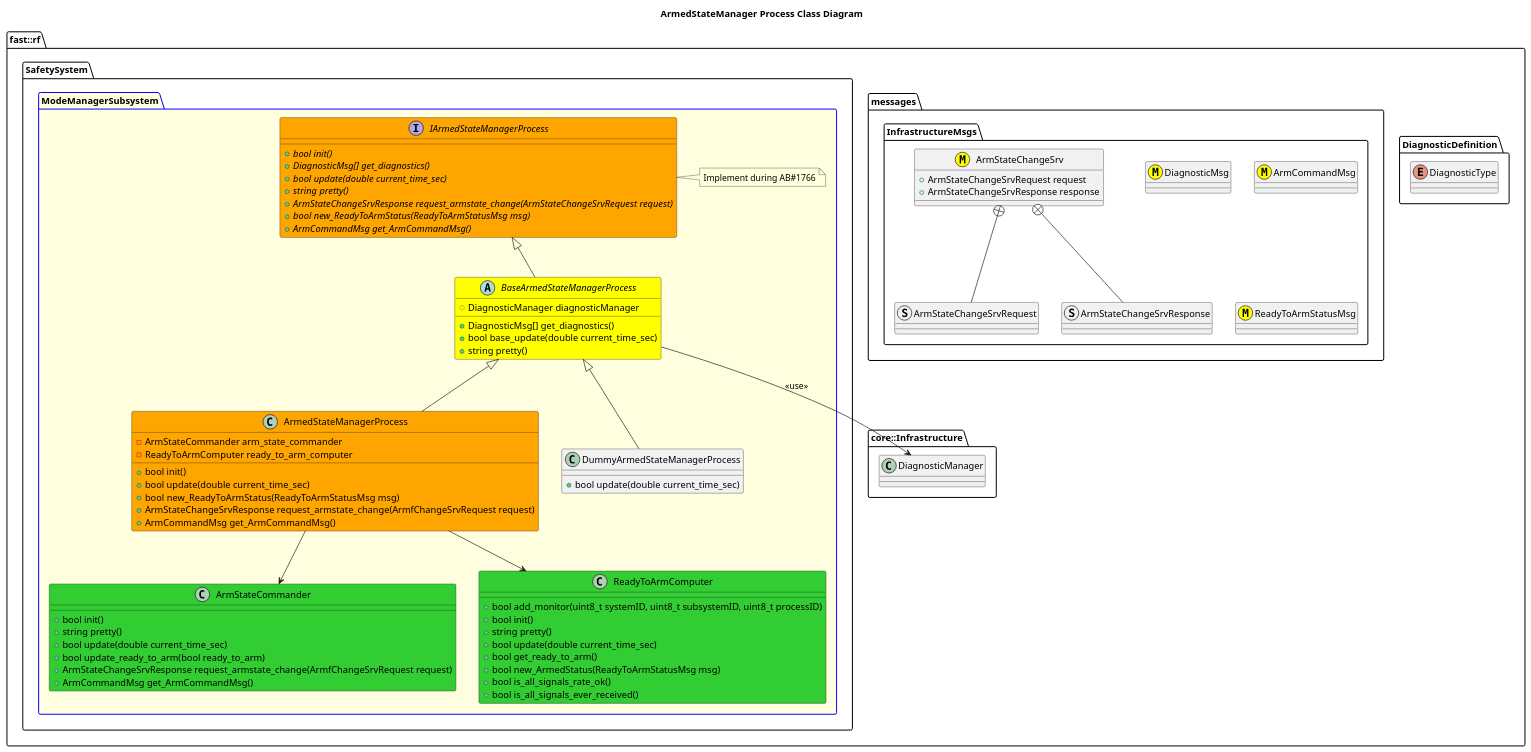
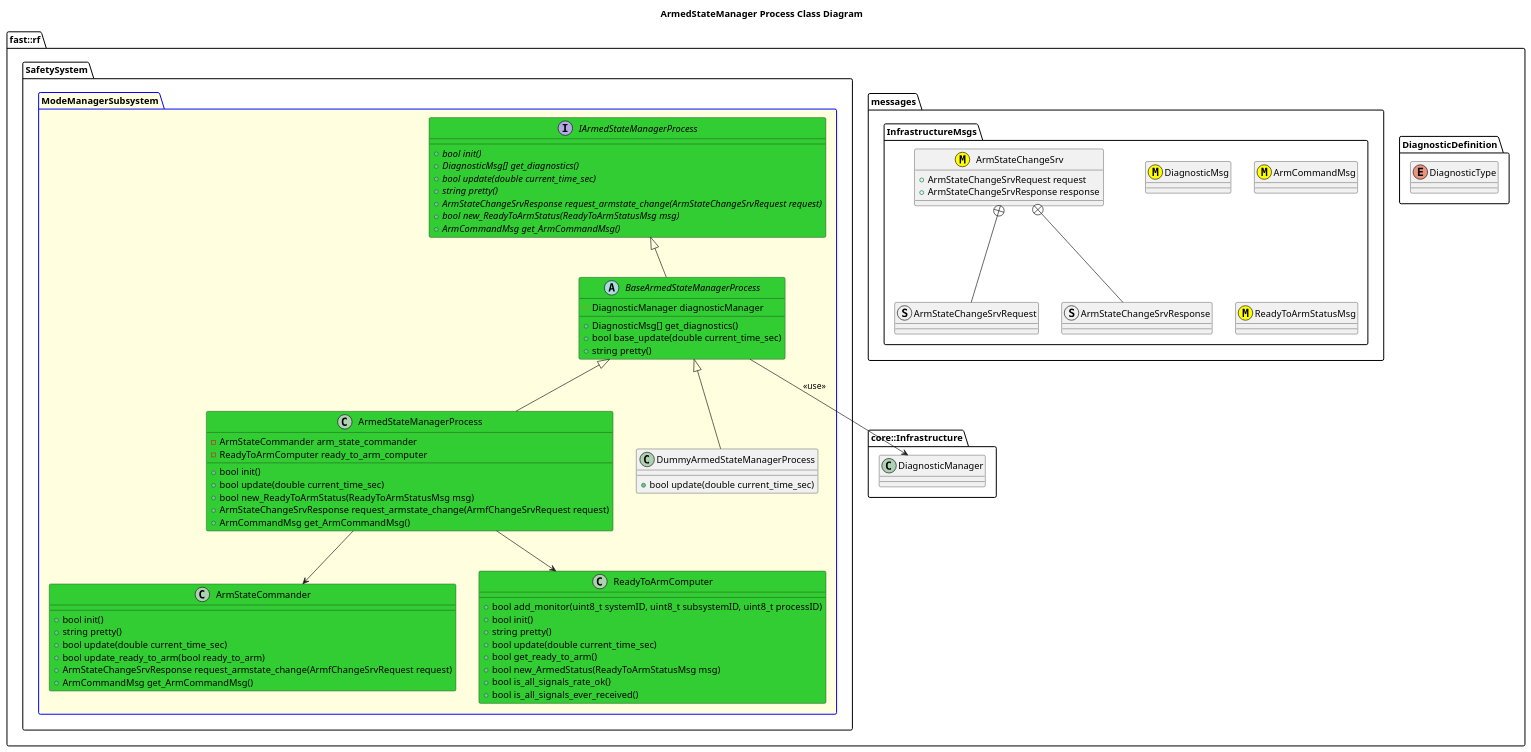
The diagram in Systems/Safety/Subsystems/ModeManager/Processes/ArmedStateManager/doc/puml/ArmedStateManagerProcessClassDiagram.puml (fastrobotics/robot_framework), drawn with PlantUML before and after one commit. The commit also changed 8 other files, not shown here.

```diff
--- a/Systems/Safety/Subsystems/ModeManager/Processes/ArmedStateManager/doc/puml/ArmedStateManagerProcessClassDiagram.puml
+++ b/Systems/Safety/Subsystems/ModeManager/Processes/ArmedStateManager/doc/puml/ArmedStateManagerProcessClassDiagram.puml
@@ -1,86 +1,83 @@
 @startuml
 title ArmedStateManager Process Class Diagram
 
 namespace fast::rf {
   namespace DiagnosticDefinition {
     enum DiagnosticType
   }
   namespace messages {
     namespace InfrastructureMsgs {
       class DiagnosticMsg <<(M,#FFFF00)>>
       class ArmCommandMsg <<(M,#FFFF00)>>
       class ReadyToArmStatusMsg <<(M,#FFFF00)>> 
       struct ArmStateChangeSrvRequest
       struct ArmStateChangeSrvResponse
       class ArmStateChangeSrv <<(M,#FFFF00)>>  {
           +ArmStateChangeSrvRequest request
           +ArmStateChangeSrvResponse response
       }
       ArmStateChangeSrv +-- ArmStateChangeSrvRequest
       ArmStateChangeSrv +-- ArmStateChangeSrvResponse
     }
   }
   namespace core::Infrastructure {
     class DiagnosticManager
   }
   namespace SafetySystem {
     package ModeManagerSubsystem #LightYellow;line:blue {
         class ArmStateCommander #LimeGreen {
             +bool init()
             +string pretty()
             +bool update(double current_time_sec)
             +bool update_ready_to_arm(bool ready_to_arm)
             +ArmStateChangeSrvResponse request_armstate_change(ArmfChangeSrvRequest request)
             +ArmCommandMsg get_ArmCommandMsg()
         }
         class ReadyToArmComputer #LimeGreen {
             +bool add_monitor(uint8_t systemID, uint8_t subsystemID, uint8_t processID)
             +bool init()
             +string pretty()
             +bool update(double current_time_sec)
             +bool get_ready_to_arm()
             +bool new_ArmedStatus(ReadyToArmStatusMsg msg)
             +bool is_all_signals_rate_ok()
             +bool is_all_signals_ever_received()
         }
-        interface IArmedStateManagerProcess #Orange {
+        interface IArmedStateManagerProcess #LimeGreen {
           +{abstract} bool init()
           +{abstract} DiagnosticMsg[] get_diagnostics()
           +{abstract} bool update(double current_time_sec)
           +{abstract} string pretty()
           +{abstract} ArmStateChangeSrvResponse request_armstate_change(ArmStateChangeSrvRequest request)
           +{abstract} bool new_ReadyToArmStatus(ReadyToArmStatusMsg msg)
           +{abstract} ArmCommandMsg get_ArmCommandMsg()
         }
-        note right of IArmedStateManagerProcess
-        Implement during AB#1766
-        end note
-        abstract BaseArmedStateManagerProcess #Yellow {
+        abstract BaseArmedStateManagerProcess #LimeGreen {
           +DiagnosticMsg[] get_diagnostics()
           +bool base_update(double current_time_sec)
           +string pretty()
           #DiagnosticManager diagnosticManager
 
         }
         BaseArmedStateManagerProcess -up-|> IArmedStateManagerProcess
         BaseArmedStateManagerProcess --> DiagnosticManager: <<use>>
-        class ArmedStateManagerProcess #Orange {
+        class ArmedStateManagerProcess #LimeGreen {
           +bool init()
           +bool update(double current_time_sec)
           +bool new_ReadyToArmStatus(ReadyToArmStatusMsg msg)
           +ArmStateChangeSrvResponse request_armstate_change(ArmfChangeSrvRequest request)
           +ArmCommandMsg get_ArmCommandMsg()
           -ArmStateCommander arm_state_commander
           -ReadyToArmComputer ready_to_arm_computer
         }
         ArmedStateManagerProcess -up-|> BaseArmedStateManagerProcess
         ArmedStateManagerProcess --> ArmStateCommander
         ArmedStateManagerProcess --> ReadyToArmComputer
         class DummyArmedStateManagerProcess  {
           +bool update(double current_time_sec)
         }
         DummyArmedStateManagerProcess -up-|> BaseArmedStateManagerProcess
     }
   }
 }
 @enduml
```
